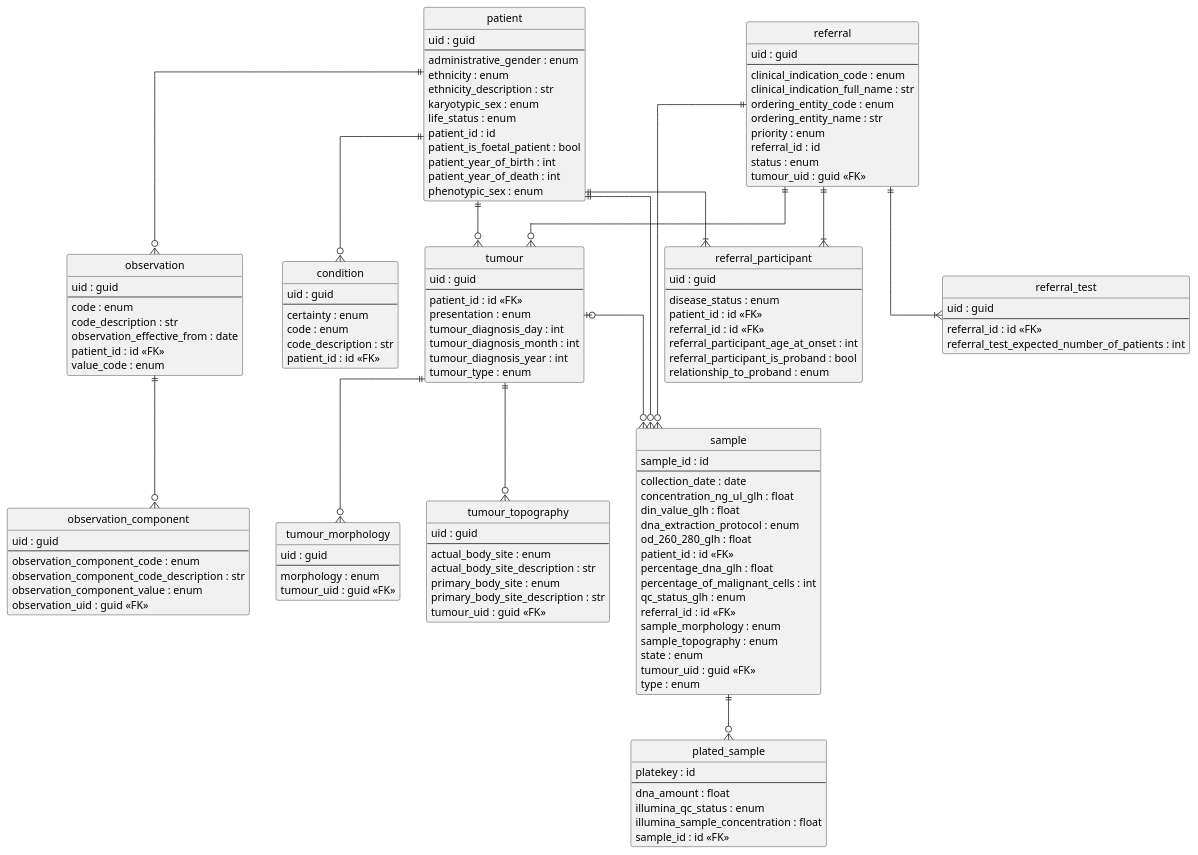
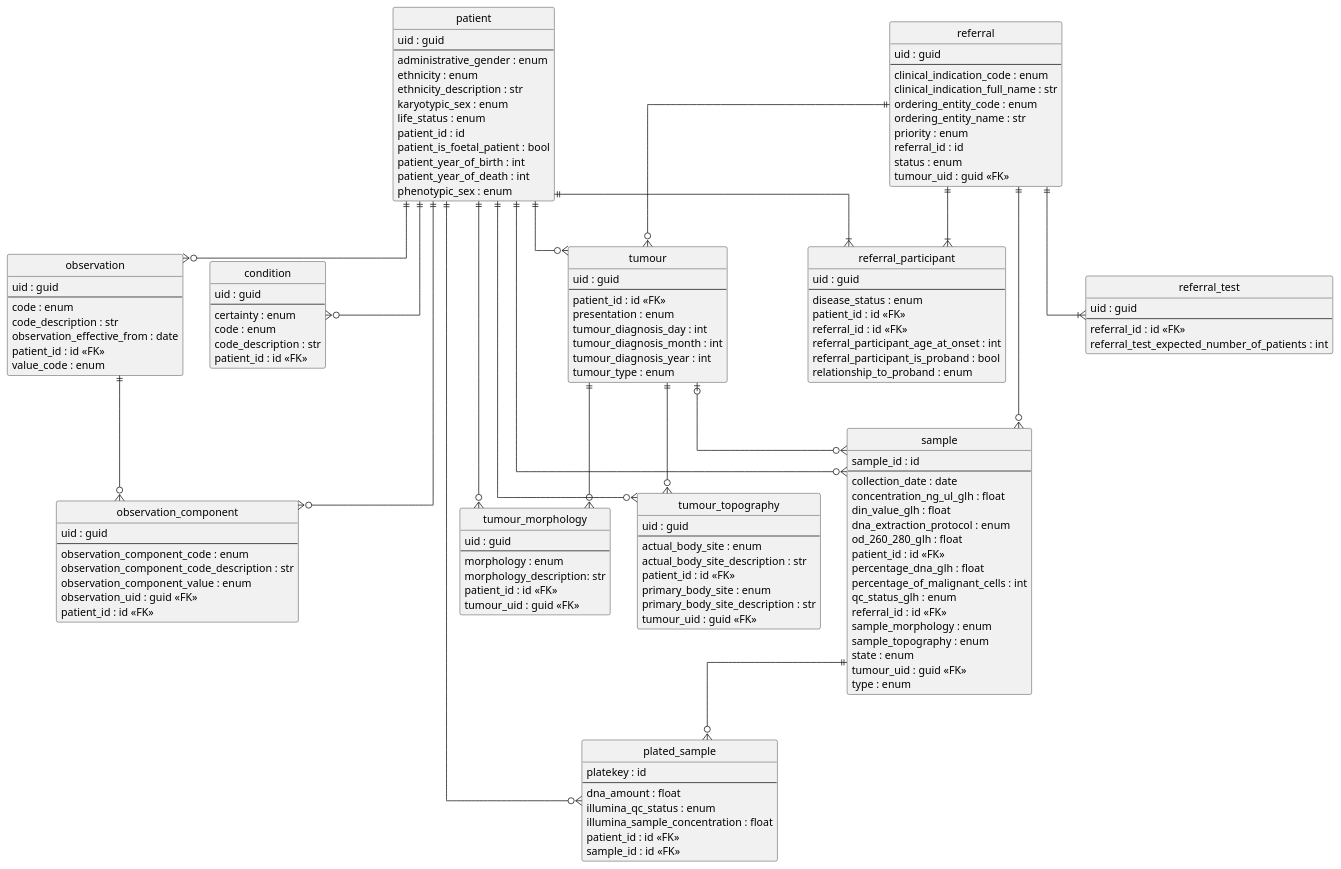
Before and after one commit to genomicsengland/gms_rr_data_dictionary: the diagram in er_diag.plantuml, drawn with PlantUML. The commit also changed 6 other files, not shown here.

```diff
--- a/er_diag.plantuml
+++ b/er_diag.plantuml
@@ -1,159 +1,168 @@
 @startuml
 
 ' hide the spot
 hide circle
 
 ' avoid problems with angled crows feet
 skinparam linetype ortho
 
 ' declare all the entities
 
 entity "condition" {
     uid : guid
     --
     certainty : enum
     code : enum
     code_description : str
     patient_id : id <<FK>>
 }
 
 entity "observation" {
     uid : guid
     --
     code : enum
     code_description : str
     observation_effective_from : date
     patient_id : id <<FK>>
     value_code : enum
 }
 
 entity "observation_component" {
     uid : guid
     --
     observation_component_code : enum
     observation_component_code_description : str
     observation_component_value : enum
     observation_uid : guid <<FK>>
+    patient_id : id <<FK>>
 }
 
 entity "patient" {
     uid : guid
     --
     administrative_gender : enum
     ethnicity : enum
     ethnicity_description : str
     karyotypic_sex : enum
     life_status : enum
     patient_id : id
     patient_is_foetal_patient : bool
     patient_year_of_birth : int
     patient_year_of_death : int
     phenotypic_sex : enum
 }
 
 entity "plated_sample" {
     platekey : id
     --
     dna_amount : float
     illumina_qc_status : enum
     illumina_sample_concentration : float
+    patient_id : id <<FK>>
     sample_id : id <<FK>>
 }
 
 entity "referral" {
     uid : guid
     --
     clinical_indication_code : enum
     clinical_indication_full_name : str
     ordering_entity_code : enum
     ordering_entity_name : str
     priority : enum
     referral_id : id
     status : enum
     tumour_uid : guid <<FK>>
 }
 
 entity "referral_participant" {
     uid : guid
     --
     disease_status : enum
     patient_id : id <<FK>>
     referral_id : id <<FK>>
     referral_participant_age_at_onset : int
     referral_participant_is_proband : bool
     relationship_to_proband : enum
 }
 
 entity "referral_test" {
     uid : guid
     --
     referral_id : id <<FK>>
     referral_test_expected_number_of_patients : int
 }
 
 entity "sample" {
     sample_id : id
     --
     collection_date : date
     concentration_ng_ul_glh : float
     din_value_glh : float
     dna_extraction_protocol : enum
     od_260_280_glh : float
     patient_id : id <<FK>>
     percentage_dna_glh : float
     percentage_of_malignant_cells : int
     qc_status_glh : enum
     referral_id : id <<FK>>
     sample_morphology : enum
     sample_topography : enum
     state : enum
     tumour_uid : guid <<FK>>
     type : enum
 }
 
 entity "tumour" {
     uid : guid
     --
     patient_id : id <<FK>>
     presentation : enum
     tumour_diagnosis_day : int
     tumour_diagnosis_month : int
     tumour_diagnosis_year : int
     tumour_type : enum
 }
 
 entity "tumour_morphology" {
     uid : guid
     --
     morphology : enum
+    morphology_description: str
+    patient_id : id <<FK>>
     tumour_uid : guid <<FK>>
 }
 
 entity "tumour_topography" {
     uid : guid
     --
     actual_body_site : enum
     actual_body_site_description : str
+    patient_id : id <<FK>>
     primary_body_site : enum
     primary_body_site_description : str
     tumour_uid : guid <<FK>>
 }
 
 ' declare the relationships
 
 patient ||--o{ condition
 patient ||--o{ observation
+patient ||--o{ observation_component
+patient ||--o{ plated_sample
 patient ||--o{ sample
 patient ||--|{ referral_participant
 patient ||--o{ tumour
+patient ||--o{ tumour_morphology
+patient ||--o{ tumour_topography
 observation ||--o{ observation_component
 tumour ||--o{ tumour_morphology
 tumour ||--o{ tumour_topography
 tumour |o--o{ sample
 sample ||--o{ plated_sample
 referral ||--o{ tumour
 referral ||--|{ referral_participant
 referral ||--|{ referral_test
 referral ||--o{ sample
 
 @enduml
```
